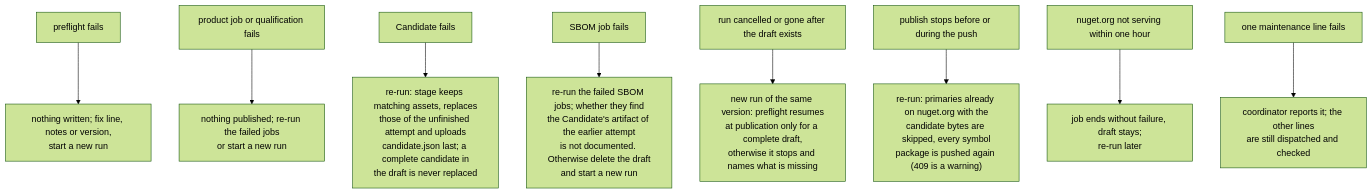
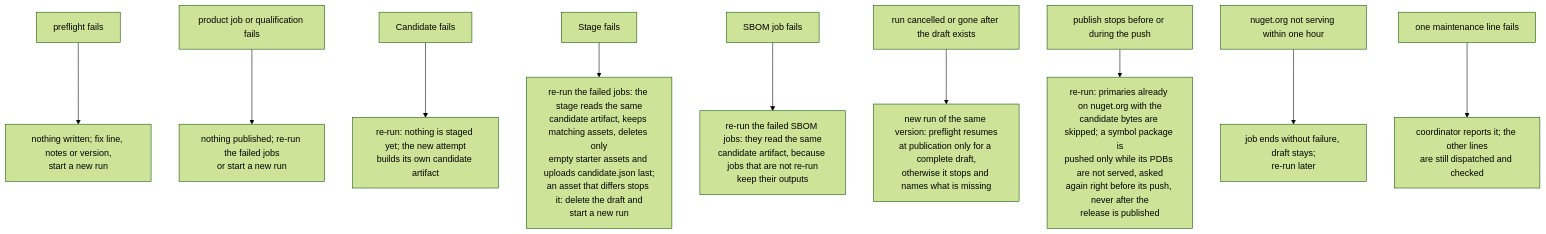
One commit to doka-labs/workflows changed diagram 16 of 19 in docs/overview.md. Above: the diagram before and after it, drawn with Mermaid (forest theme). The commit also changed other lines of this file and 14 other files, not shown here.

First line of the commit message:
fix(release): keep release reruns from failing or changing a draft (#17)

````diff
--- a/docs/overview.md
+++ b/docs/overview.md
@@ -466,13 +470,14 @@
 ```mermaid
 flowchart TB
   accTitle: Failure and resume
   accDescr: What a failure in each stage leaves behind and how the next run or rerun continues.
   f1["preflight fails"] --> x1["nothing written; fix line, notes or version,<br/>start a new run"]
   f2["product job or qualification fails"] --> x2["nothing published; re-run the failed jobs<br/>or start a new run"]
-  f3["Candidate fails"] --> x3["re-run: stage keeps matching assets, replaces<br/>those of the unfinished attempt and uploads<br/>candidate.json last; a complete candidate in<br/>the draft is never replaced"]
-  f4["SBOM job fails"] --> x4["re-run the failed SBOM jobs; whether they find<br/>the Candidate's artifact of the earlier attempt<br/>is not documented. Otherwise delete the draft<br/>and start a new run"]
+  f3["Candidate fails"] --> x3["re-run: nothing is staged yet; the new attempt<br/>builds its own candidate artifact"]
+  f3s["Stage fails"] --> x3s["re-run the failed jobs: the stage reads the same<br/>candidate artifact, keeps matching assets, deletes only<br/>empty starter assets and uploads candidate.json last;<br/>an asset that differs stops it: delete the draft and<br/>start a new run"]
+  f4["SBOM job fails"] --> x4["re-run the failed SBOM jobs: they read the same<br/>candidate artifact, because jobs that are not re-run<br/>keep their outputs"]
   f5["run cancelled or gone after the draft exists"] --> x5["new run of the same version: preflight resumes<br/>at publication only for a complete draft,<br/>otherwise it stops and names what is missing"]
-  f6["publish stops before or during the push"] --> x6["re-run: primaries already on nuget.org with the<br/>candidate bytes are skipped, every symbol<br/>package is pushed again (409 is a warning)"]
+  f6["publish stops before or during the push"] --> x6["re-run: primaries already on nuget.org with the<br/>candidate bytes are skipped; a symbol package is<br/>pushed only while its PDBs are not served, asked<br/>again right before its push, never after the<br/>release is published"]
   f7["nuget.org not serving within one hour"] --> x7["job ends without failure, draft stays;<br/>re-run later"]
   f8["one maintenance line fails"] --> x8["coordinator reports it; the other lines<br/>are still dispatched and checked"]
 ```
````
